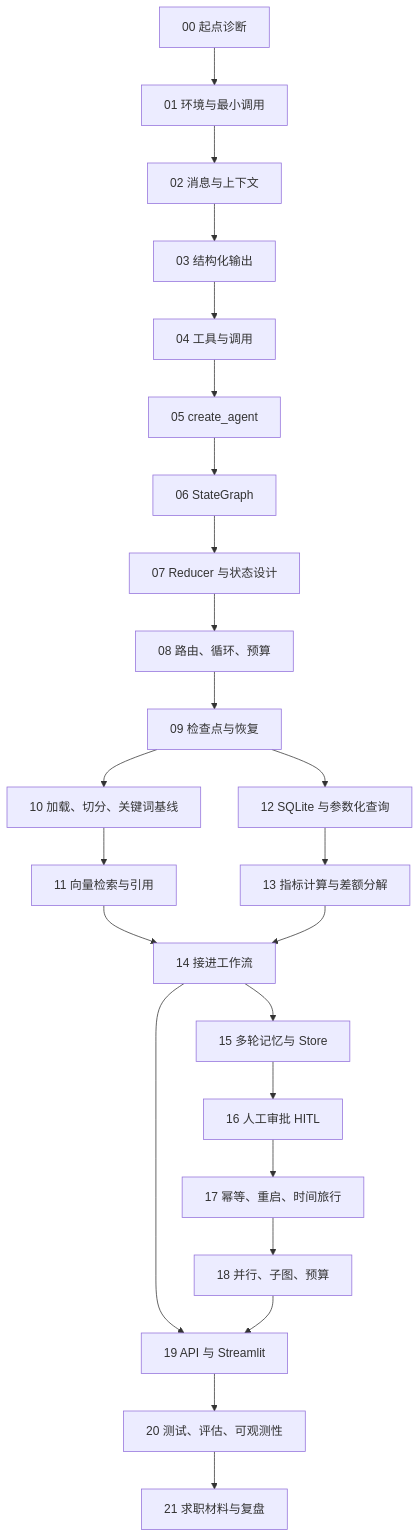
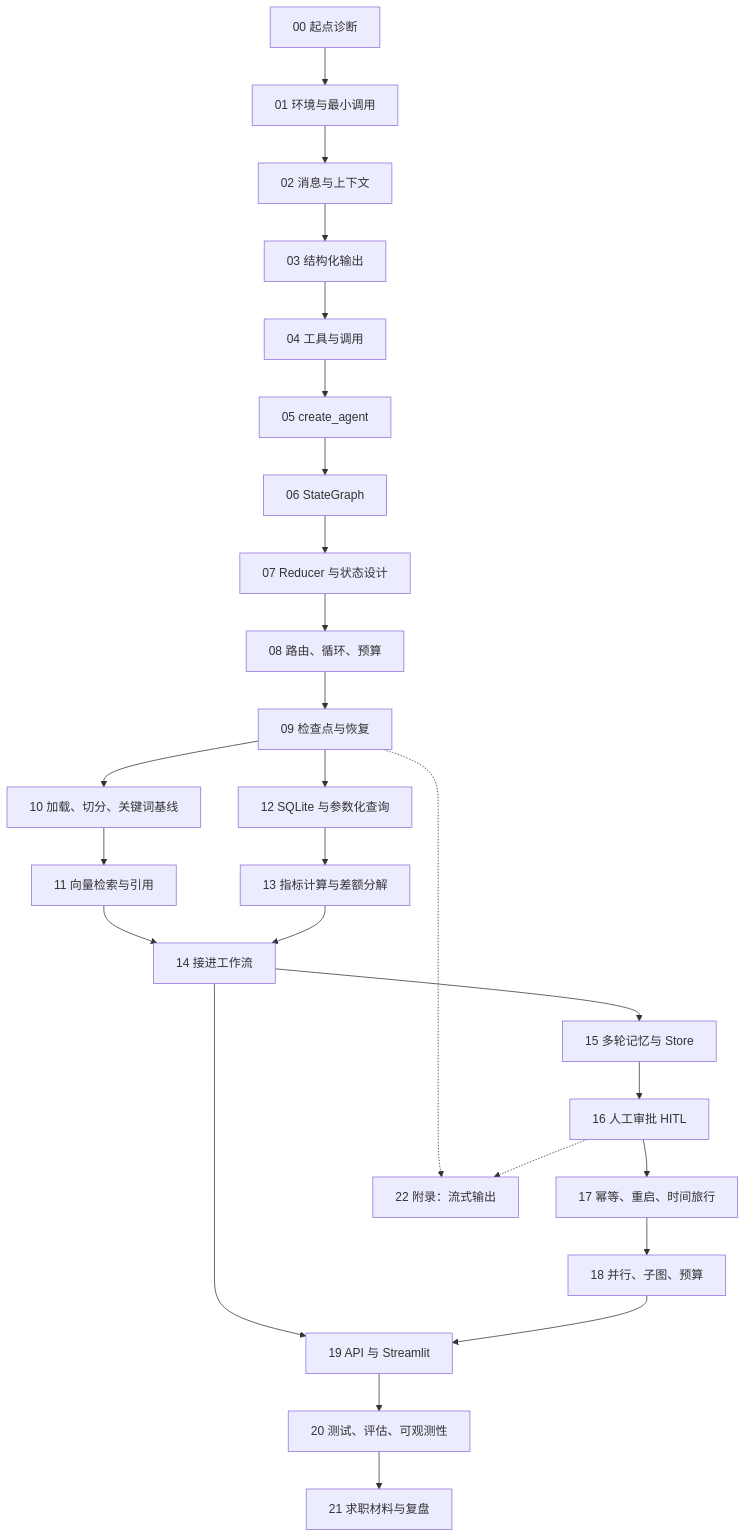
The diagram in 教程/README.md (CellMook/langgraph-ops-assistant), drawn with Mermaid before and after one commit. The commit also changed other lines of this file and 73 other files, not shown here.

````diff
--- a/教程/README.md
+++ b/教程/README.md
@@ -45,26 +45,28 @@
 ```mermaid
 flowchart TD
     U00[00 起点诊断] --> U01[01 环境与最小调用]
     U01 --> U02[02 消息与上下文]
     U02 --> U03[03 结构化输出]
     U03 --> U04[04 工具与调用]
     U04 --> U05[05 create_agent]
     U05 --> U06[06 StateGraph]
     U06 --> U07[07 Reducer 与状态设计]
     U07 --> U08[08 路由、循环、预算]
     U08 --> U09[09 检查点与恢复]
     U09 --> U10[10 加载、切分、关键词基线]
     U10 --> U11[11 向量检索与引用]
     U11 --> U14[14 接进工作流]
     U09 --> U12[12 SQLite 与参数化查询]
     U12 --> U13[13 指标计算与差额分解]
     U13 --> U14
     U14 --> U15[15 多轮记忆与 Store]
     U15 --> U16[16 人工审批 HITL]
     U16 --> U17[17 幂等、重启、时间旅行]
     U17 --> U18[18 并行、子图、预算]
     U14 --> U19[19 API 与 Streamlit]
     U18 --> U19
     U19 --> U20[20 测试、评估、可观测性]
     U20 --> U21[21 求职材料与复盘]
+    U09 -.-> A22[22 附录：流式输出]
+    U16 -.-> A22
 ```
````
